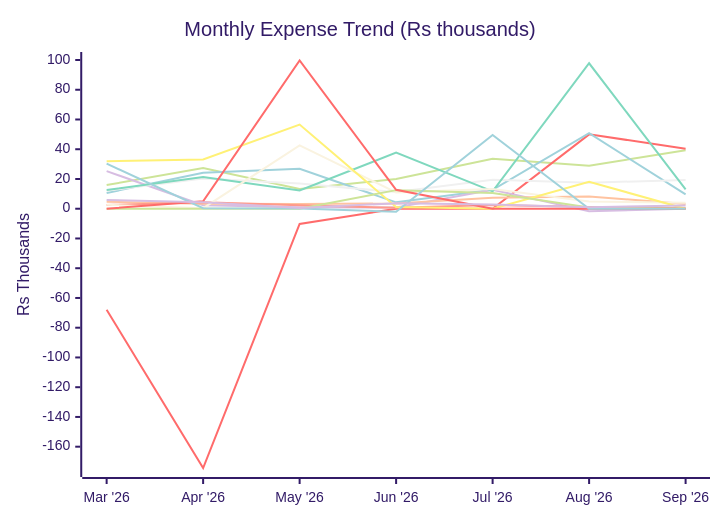
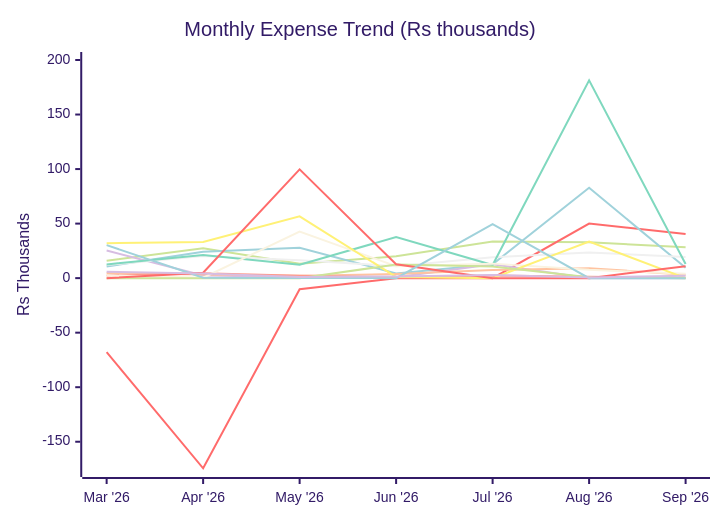
Before and after one commit to sachin-hg/expense-reporter: the first of 3 diagrams in reports/2026-09.md, drawn with Mermaid (forest theme). The commit also changed other lines of this file and 6 other files, not shown here.

````diff
--- a/reports/2026-09.md
+++ b/reports/2026-09.md
@@ -28,20 +29,20 @@
 ```mermaid
 xychart-beta
     title "Monthly Expense Trend (Rs thousands)"
     x-axis ["Mar '26", "Apr '26", "May '26", "Jun '26", "Jul '26", "Aug '26", "Sep '26"]
-    y-axis "Rs Thousands" -175 --> 100
-    line "Travel" [15.9, 27.3, 13.3, 20.0, 33.6, 28.9, 39.3]
+    y-axis "Rs Thousands" -175 --> 200
+    line "Travel" [15.9, 27.3, 13.3, 20.0, 33.6, 32.8, 28.3]
     line "Trip" [-67.9, -174.4, -10.2, 0.0, 0.0, 50.0, 40.4]
-    line "Shopping" [10.6, 24.2, 26.8, 4.3, 12.7, 50.8, 9.6]
-    line "Baby" [25.3, 2.4, 1.0, 0.8, 12.8, -1.7, 0.0]
-    line "Outside Food" [12.1, 20.3, 16.9, 11.2, 19.4, 17.5, 19.3]
-    line "Grocery" [4.7, 3.4, 3.2, 3.5, 7.4, 8.3, 3.2]
-    line "Utilities & Bills" [12.6, 21.3, 12.3, 37.7, 11.7, 97.8, 13.0]
+    line "Shopping" [10.6, 24.2, 27.9, 4.3, 12.7, 82.8, 9.6]
+    line "Baby" [25.3, 2.4, 1.0, 0.8, 12.8, -0.2, 0.0]
+    line "Outside Food" [12.1, 20.3, 16.4, 10.9, 19.1, 23.6, 19.3]
+    line "Grocery" [4.7, 3.4, 2.1, 3.8, 7.4, 9.0, 3.2]
+    line "Utilities & Bills" [12.6, 21.3, 12.3, 37.7, 12.0, 181.3, 13.0]
     line "Health, Fitness & Self Care" [2.5, 4.4, 2.3, 0.6, 2.5, 1.2, 0.4]
-    line "Upskill / AI" [2.6, 0.4, 42.6, 11.0, 13.3, 4.9, 4.0]
-    line "Rohan" [32.0, 33.1, 56.6, 1.1, -0.0, 18.1, -0.0]
+    line "Upskill / AI" [2.6, 0.4, 42.6, 11.0, 13.3, 7.6, 4.0]
+    line "Rohan" [32.0, 33.1, 56.6, 1.1, -0.0, 33.5, -0.0]
     line "Papa" [0.0, 0.0, 0.0, 12.5, 10.6, 0.9, 0.0]
-    line "One-Time Expense" [0.0, 5.0, 99.7, 12.7, 0.0, 0.0, 0.0]
-    line "Tax" [30.3, 0.3, 0.2, -2.1, 49.6, 0.0, 0.0]
-    line "Others" [5.9, 4.3, 0.5, 3.7, 2.9, 1.0, 2.1]
+    line "One-Time Expense" [0.0, 5.0, 99.7, 12.7, 0.0, 0.0, 11.0]
+    line "Tax" [30.3, 0.3, 0.2, 0.0, 49.6, 0.0, 0.0]
+    line "Others" [5.9, 4.3, 1.0, 1.6, 2.9, 0.6, 2.1]
 ```
````
